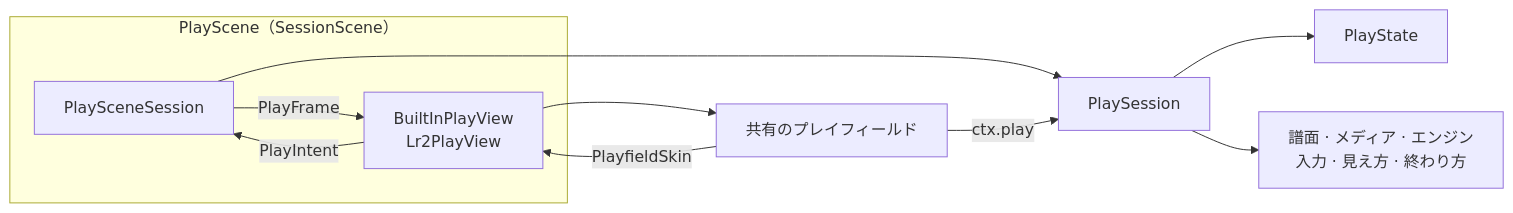
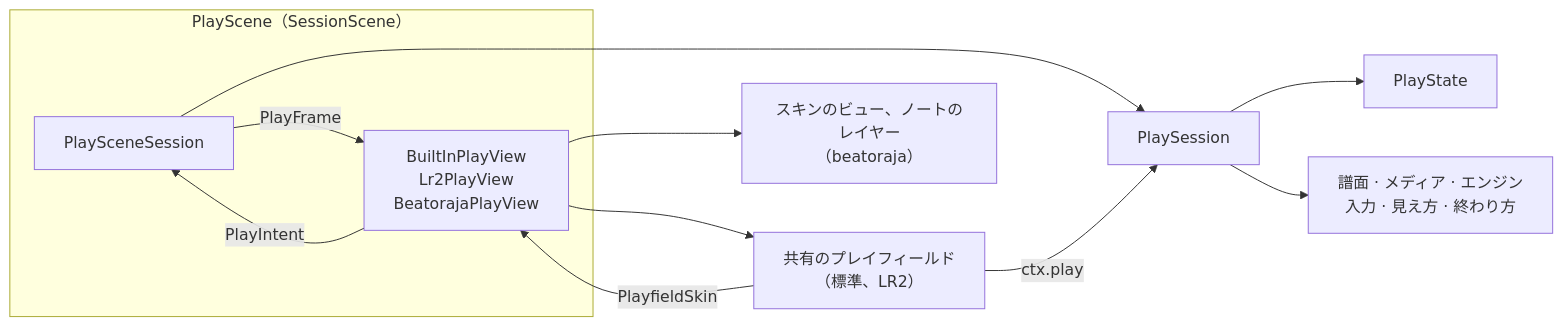
Before and after one commit to nulltask/be-music: the tenth of 11 diagrams in docs/player-web.ja.md, drawn with Mermaid. The commit also changed other lines of this file and 10 other files, not shown here.

First line of the commit message:
docs: describe the beatoraja play view on createPlayScene, and add PL8 to the P4 migration [ci skip]

````diff
--- a/docs/player-web.ja.md
+++ b/docs/player-web.ja.md
@@ -509,13 +507,14 @@
 ```mermaid
 flowchart LR
   subgraph scene["PlayScene（SessionScene）"]
-    adapter[PlaySceneSession] -->|PlayFrame| view["BuiltInPlayView<br/>Lr2PlayView"]
+    adapter[PlaySceneSession] -->|PlayFrame| view["BuiltInPlayView<br/>Lr2PlayView<br/>BeatorajaPlayView"]
     view -->|PlayIntent| adapter
   end
   adapter --> session[PlaySession]
   session --> state[PlayState]
   session --> parts["譜面 · メディア · エンジン<br/>入力 · 見え方 · 終わり方"]
-  view --> playfield[共有のプレイフィールド]
+  view --> playfield["共有のプレイフィールド<br/>（標準、LR2）"]
+  view --> skinview["スキンのビュー、ノートのレイヤー<br/>（beatoraja）"]
   playfield -->|PlayfieldSkin| view
   playfield -->|ctx.play| session
 ```
````
